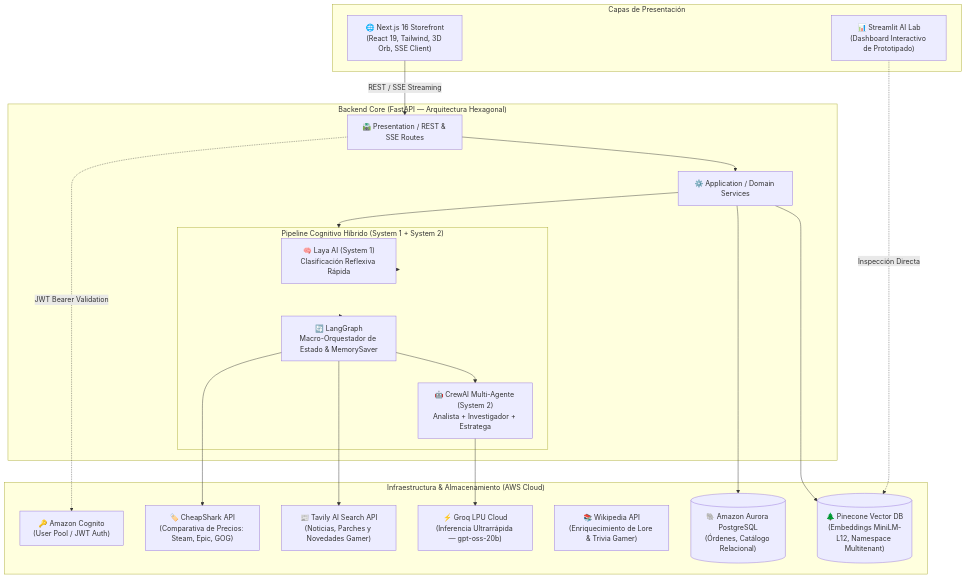
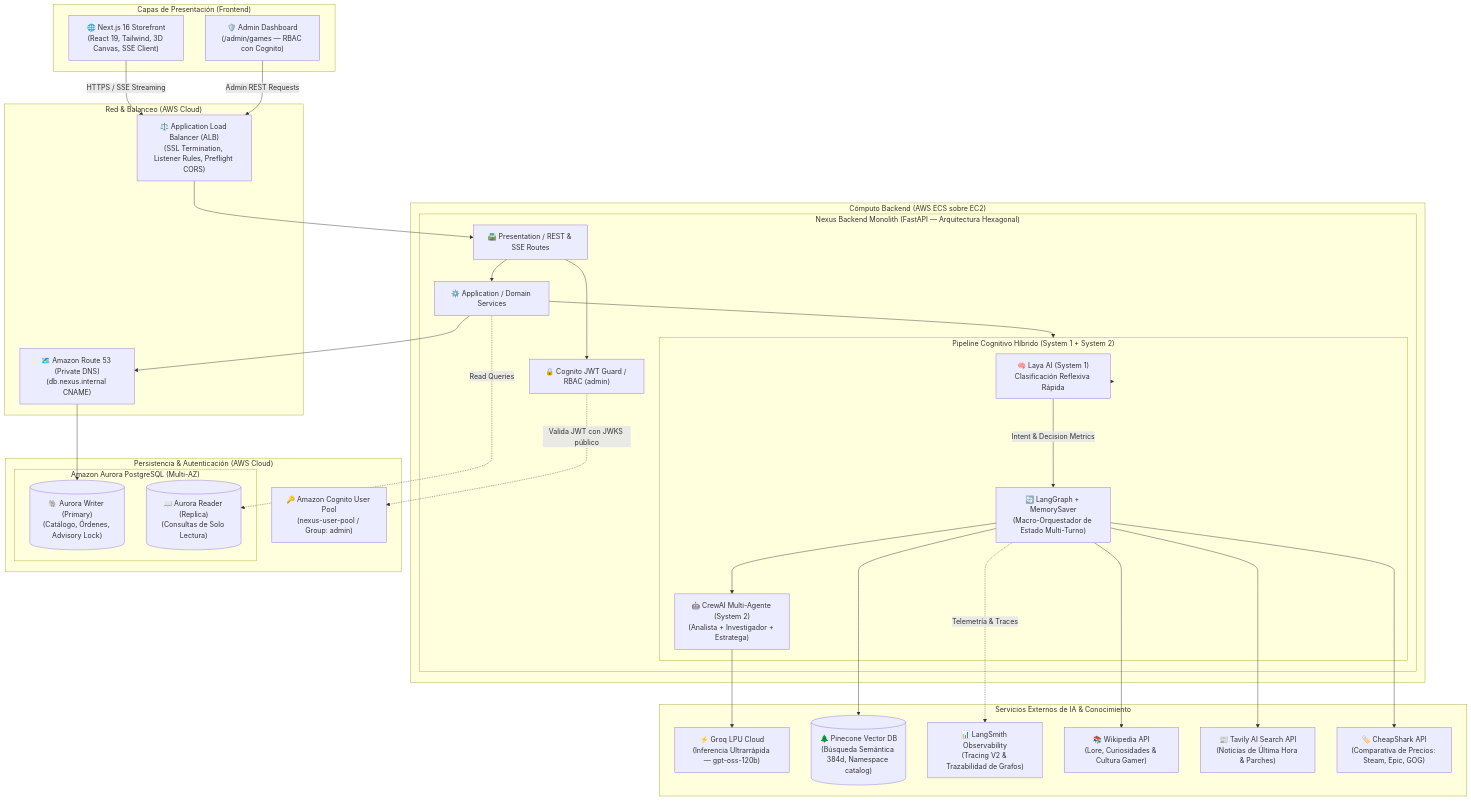
The first of 2 diagrams in README.md (BeoGonzalez/nexus-digital-store), drawn with Mermaid before and after one commit. The commit also changed other lines of this file and 1 other file, not shown here.

Commit message:
Se revokaron las credenciales

````diff
--- a/README.md
+++ b/README.md
@@ -11,42 +11,74 @@
 ```mermaid
 flowchart TB
-    subgraph Clients ["Capas de Presentación"]
-        Storefront["🌐 Next.js 16 Storefront\n(React 19, Tailwind, 3D Orb, SSE Client)"]
-        StreamlitApp["📊 Streamlit AI Lab\n(Dashboard Interactivo de Prototipado)"]
+    subgraph Clients ["Capas de Presentación (Frontend)"]
+        Storefront["🌐 Next.js 16 Storefront\n(React 19, Tailwind, 3D Canvas, SSE Client)"]
+        AdminPanel["🛡️ Admin Dashboard\n(/admin/games — RBAC con Cognito)"]
     end
 
-    subgraph API ["Backend Core (FastAPI — Arquitectura Hexagonal)"]
-        Router["🛣️ Presentation / REST & SSE Routes"]
-        Services["⚙️ Application / Domain Services"]
-        
-        subgraph AI_Pipeline ["Pipeline Cognitivo Híbrido (System 1 + System 2)"]
-            Laya["🧠 Laya AI (System 1)\nClasificación Reflexiva Rápida"]
-            LangGraph["🔄 LangGraph\nMacro-Orquestador de Estado & MemorySaver"]
-            CrewAI["🤖 CrewAI Multi-Agente (System 2)\nAnalista + Investigador + Estratega"]
+    subgraph AWS_Networking ["Red & Balanceo (AWS Cloud)"]
+        ALB["⚖️ Application Load Balancer (ALB)\n(SSL Termination, Listener Rules, Preflight CORS)"]
+        Route53["🗺️ Amazon Route 53 (Private DNS)\n(db.nexus.internal CNAME)"]
+    end
+
+    subgraph ECS_Cluster ["Cómputo Backend (AWS ECS sobre EC2)"]
+        subgraph FastAPI_Backend ["Nexus Backend Monolith (FastAPI — Arquitectura Hexagonal)"]
+            Router["🛣️ Presentation / REST & SSE Routes"]
+            AuthGuard["🔒 Cognito JWT Guard / RBAC (admin)"]
+            Services["⚙️ Application / Domain Services"]
+            
+            subgraph AI_Pipeline ["Pipeline Cognitivo Híbrido (System 1 + System 2)"]
+                Laya["🧠 Laya AI (System 1)\nClasificación Reflexiva Rápida"]
+                LangGraph["🔄 LangGraph + MemorySaver\n(Macro-Orquestador de Estado Multi-Turno)"]
+                CrewAI["🤖 CrewAI Multi-Agente (System 2)\n(Analista + Investigador + Estratega)"]
+            end
         end
     end
 
-    subgraph Infrastructure ["Infraestructura & Almacenamiento (AWS Cloud)"]
-        AuroraDB[("🐘 Amazon Aurora PostgreSQL\n(Órdenes, Catálogo Relacional)")]
-        Cognito["🔑 Amazon Cognito\n(User Pool / JWT Auth)"]
-        Pinecone[("🌲 Pinecone Vector DB\n(Embeddings MiniLM-L12, Namespace Multitenant)")]
-        Groq["⚡ Groq LPU Cloud\n(Inferencia Ultrarrápida — gpt-oss-20b)"]
-        Wiki["📚 Wikipedia API\n(Enriquecimiento de Lore & Trivia Gamer)"]
-        Tavily["📰 Tavily AI Search API\n(Noticias, Parches y Novedades Gamer)"]
+    subgraph AWS_Data ["Persistencia & Autenticación (AWS Cloud)"]
+        Cognito["🔑 Amazon Cognito User Pool\n(nexus-user-pool / Group: admin)"]
+        subgraph Aurora_Cluster ["Amazon Aurora PostgreSQL (Multi-AZ)"]
+            AuroraWriter[("🐘 Aurora Writer (Primary)\n(Catálogo, Órdenes, Advisory Lock)")]
+            AuroraReader[("📖 Aurora Reader (Replica)\n(Consultas de Solo Lectura)")]
+        end
+    end
+
+    subgraph External_AI_Services ["Servicios Externos de IA & Conocimiento"]
+        Groq["⚡ Groq LPU Cloud\n(Inferencia Ultrarrápida — gpt-oss-120b)"]
+        Pinecone[("🌲 Pinecone Vector DB\n(Búsqueda Semántica 384d, Namespace catalog)")]
+        LangSmith["📊 LangSmith Observability\n(Tracing V2 & Trazabilidad de Grafos)"]
+        Wiki["📚 Wikipedia API\n(Lore, Curiosidades & Cultura Gamer)"]
+        Tavily["📰 Tavily AI Search API\n(Noticias de Última Hora & Parches)"]
         CheapShark["🏷️ CheapShark API\n(Comparativa de Precios: Steam, Epic, GOG)"]
     end
 
-    Storefront -->|REST / SSE Streaming| Router
-    StreamlitApp -.->|Inspección Directa| Pinecone
+    %% Flujos de clientes
+    Storefront -->|HTTPS / SSE Streaming| ALB
+    AdminPanel -->|Admin REST Requests| ALB
+    ALB --> Router
+    
+    %% Autenticación
+    Router --> AuthGuard
+    AuthGuard -.->|Valida JWT con JWKS público| Cognito
+    
+    %% Flujo interno del backend
     Router --> Services
     Services --> AI_Pipeline
+    
+    %% Pipeline de IA
     AI_Pipeline --> Laya
-    AI_Pipeline --> LangGraph
+    Laya -->|Intent & Decision Metrics| LangGraph
     LangGraph --> CrewAI
+    CrewAI --> Groq
+    LangGraph -.->|Telemetría & Traces| LangSmith
+    
+    %% Enriquecimiento RAG & APIs externas
+    LangGraph --> Pinecone
+    LangGraph --> Wiki
     LangGraph --> Tavily
     LangGraph --> CheapShark
-    Services --> Pinecone
-    Services --> AuroraDB
-    Router -.->|JWT Bearer Validation| Cognito
-    CrewAI --> Groq
+    
+    %% Base de datos
+    Services --> Route53
+    Route53 --> AuroraWriter
+    Services -.->|Read Queries| AuroraReader
 ```
````
